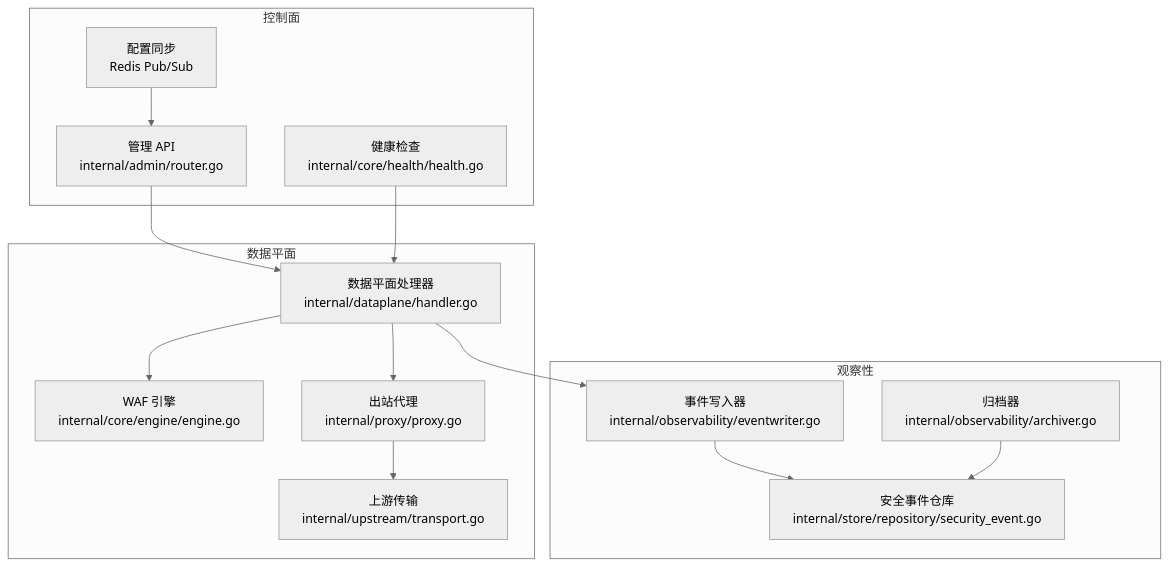
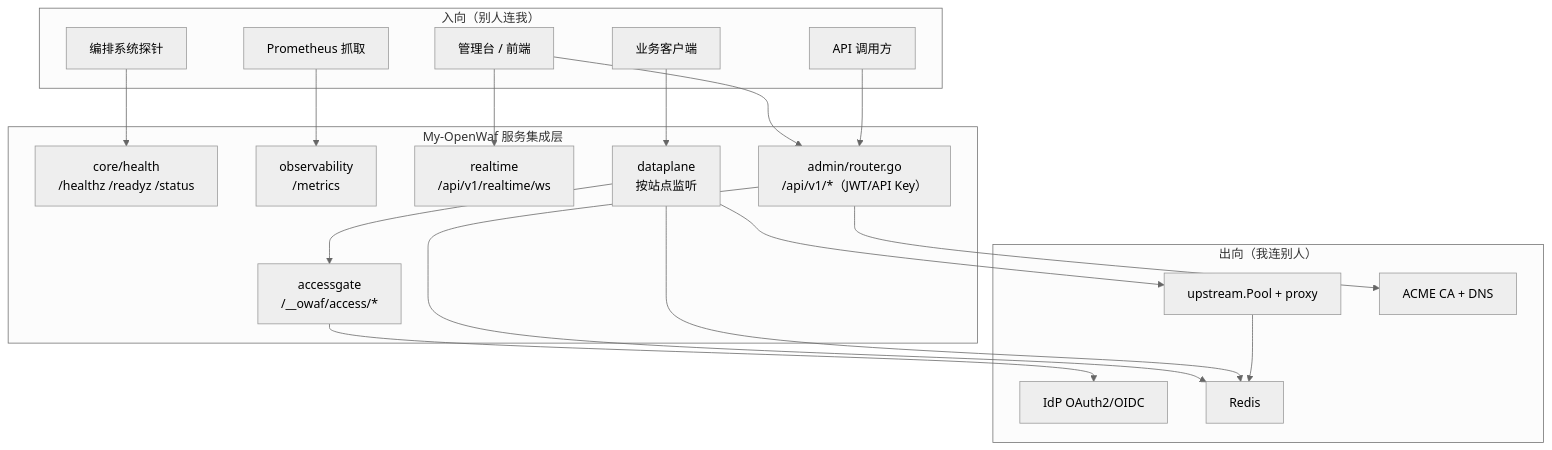
The first of 9 diagrams in docs/扩展与插件系统/第三方集成/服务集成.md (x01n/My-OpenWaf), drawn with Mermaid (neutral theme) before and after one commit. The commit also changed other lines of this file and 622 other files, not shown here.

````diff
--- a/docs/扩展与插件系统/第三方集成/服务集成.md
+++ b/docs/扩展与插件系统/第三方集成/服务集成.md
@@ -90,28 +85,37 @@
 ```mermaid
 graph TB
-subgraph "控制面"
-Admin["管理 API<br/>internal/admin/router.go"]
-Health["健康检查<br/>internal/core/health/health.go"]
-ConfigSync["配置同步<br/>Redis Pub/Sub"]
+subgraph "入向（别人连我）"
+PROM["Prometheus 抓取"]
+KUBE["编排系统探针"]
+BROWSER["管理台 / 前端"]
+API["API 调用方"]
+CLIENT["业务客户端"]
 end
-subgraph "数据平面"
-DP["数据平面处理器<br/>internal/dataplane/handler.go"]
-Engine["WAF 引擎<br/>internal/core/engine/engine.go"]
-Proxy["出站代理<br/>internal/proxy/proxy.go"]
-Transport["上游传输<br/>internal/upstream/transport.go"]
+subgraph "My-OpenWaf 服务集成层"
+HCX["core/health<br/>/healthz /readyz /status"]
+METX["observability<br/>/metrics"]
+RTX["realtime<br/>/api/v1/realtime/ws"]
+ADMN["admin/router.go<br/>/api/v1/*（JWT/API Key）"]
+DPX["dataplane<br/>按站点监听"]
+GATEX["accessgate<br/>/__owaf/access/*"]
 end
-subgraph "观察性"
-EW["事件写入器<br/>internal/observability/eventwriter.go"]
-Arch["归档器<br/>internal/observability/archiver.go"]
-Repo["安全事件仓库<br/>internal/store/repository/security_event.go"]
+subgraph "出向（我连别人）"
+UPX["upstream.Pool + proxy"]
+IDP["IdP OAuth2/OIDC"]
+CA["ACME CA + DNS"]
+RDS["Redis"]
 end
-Admin --> DP
-Health --> DP
-DP --> Engine
-DP --> EW
-DP --> Proxy
-Proxy --> Transport
-EW --> Repo
-Arch --> Repo
-ConfigSync --> Admin
+PROM --> METX
+KUBE --> HCX
+BROWSER --> RTX
+BROWSER --> ADMN
+API --> ADMN
+CLIENT --> DPX
+DPX --> GATEX
+DPX --> UPX
+GATEX --> IDP
+ADMN --> CA
+ADMN --> RDS
+DPX --> RDS
+UPX --> RDS
 ```
````
